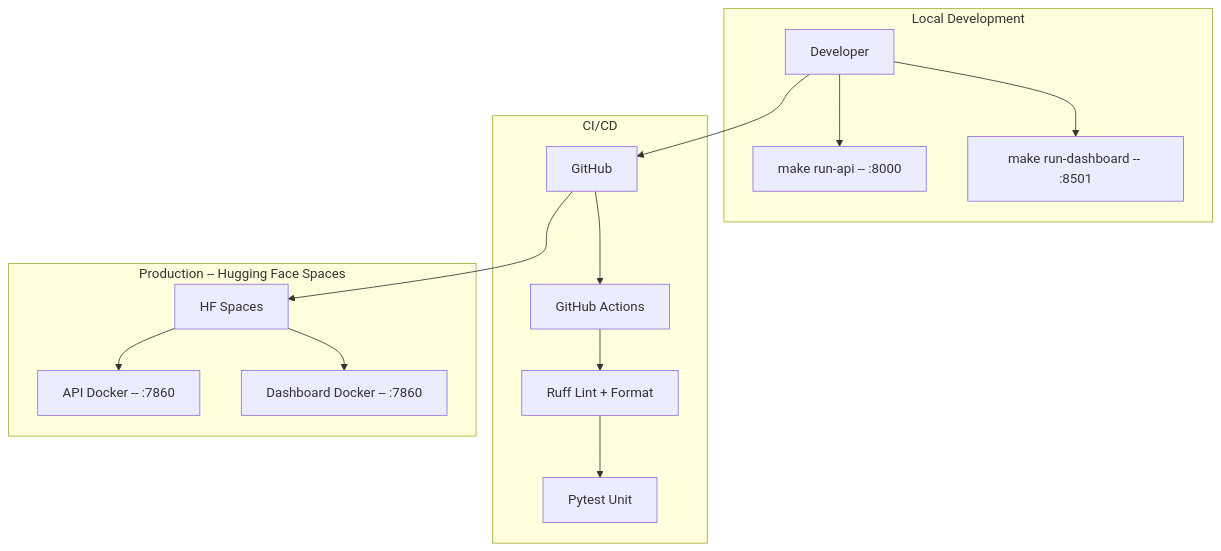
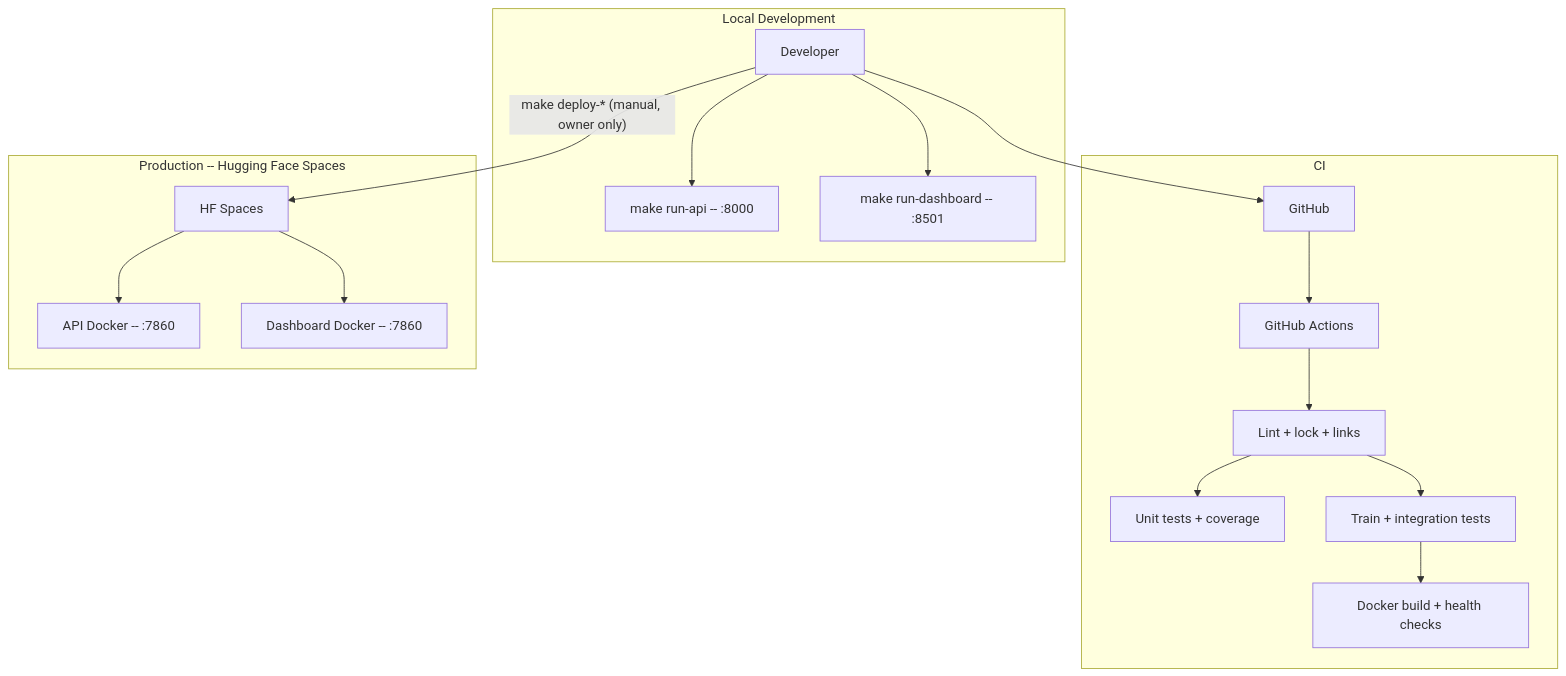
One commit to tryph0n/getaround-pricing-delay changed the fourth of 5 diagrams in docs/ARCHITECTURE.md. Above: the diagram before and after it, drawn with Mermaid. The commit also changed other lines of this file and 1 other file, not shown here.

First line of the commit message:
docs: rewrite the README and the architecture notes

````diff
--- a/docs/ARCHITECTURE.md
+++ b/docs/ARCHITECTURE.md
@@ -189,32 +223,36 @@
 ```mermaid
 graph TB
     subgraph "Local Development"
         DEV[Developer]
         API_L[make run-api -- :8000]
         DASH_L[make run-dashboard -- :8501]
     end
 
-    subgraph "CI/CD"
+    subgraph "CI"
         GH[GitHub]
         GA[GitHub Actions]
-        LINT[Ruff Lint + Format]
-        TEST[Pytest Unit]
+        LINT[Lint + lock + links]
+        TEST[Unit tests + coverage]
+        INT[Train + integration tests]
+        DOCK[Docker build + health checks]
     end
 
     subgraph "Production -- Hugging Face Spaces"
         HF[HF Spaces]
         API_P[API Docker -- :7860]
         DASH_P[Dashboard Docker -- :7860]
     end
 
     DEV --> GH
     GH --> GA
-    GA --> LINT --> TEST
+    GA --> LINT
+    LINT --> TEST
+    LINT --> INT --> DOCK
 
     DEV --> API_L
     DEV --> DASH_L
 
-    GH --> HF
+    DEV -- "make deploy-* (manual, owner only)" --> HF
     HF --> API_P
     HF --> DASH_P
 ```
````
